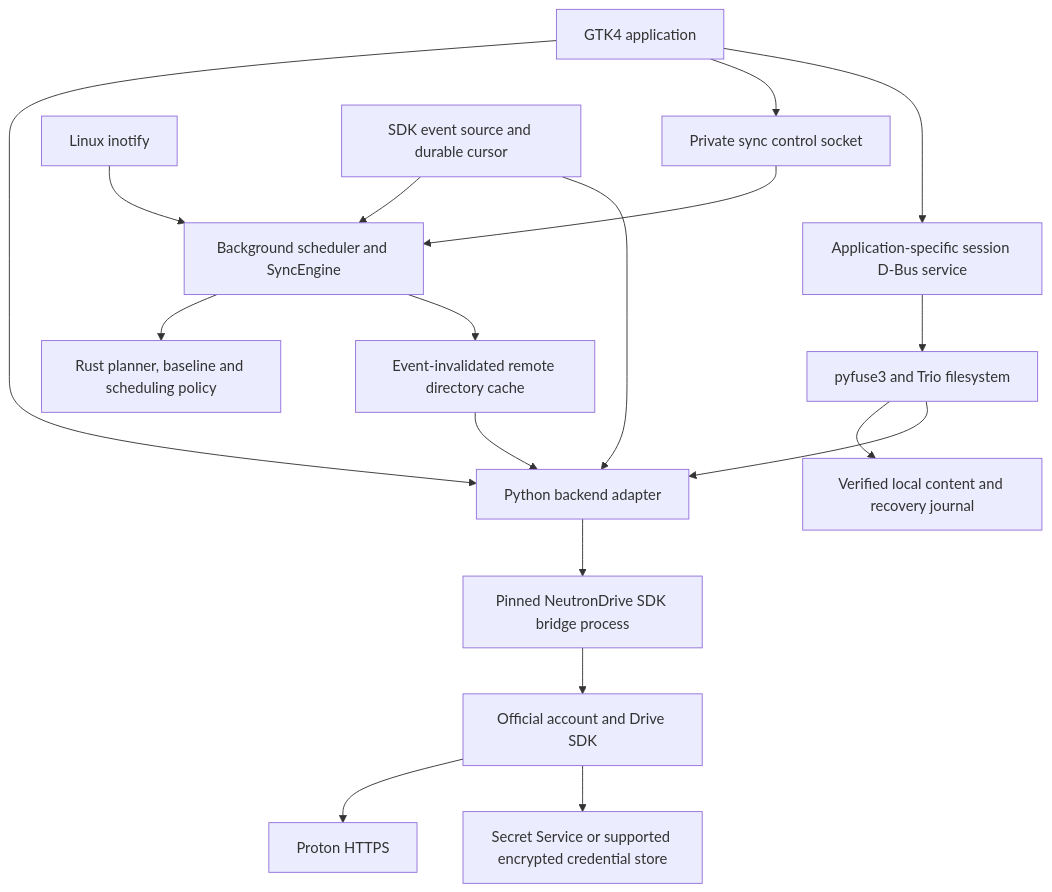
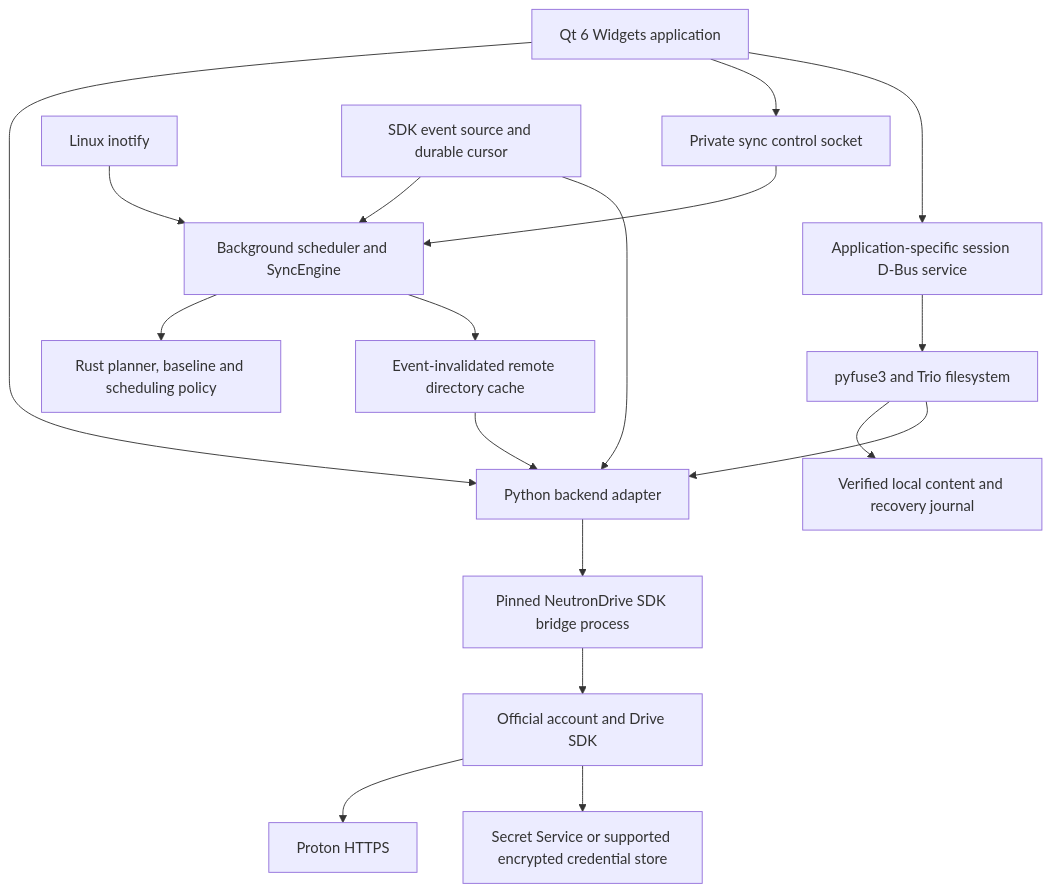
The diagram in docs/ARCHITECTURE.md (SigmaCodez/NeutronDrive), drawn with Mermaid before and after one commit. The commit also changed other lines of this file and 247 other files, not shown here.

````diff
--- a/docs/ARCHITECTURE.md
+++ b/docs/ARCHITECTURE.md
@@ -3,20 +3,20 @@
 ```mermaid
 flowchart TD
-    GTK[GTK4 application] --> Backend[Python backend adapter]
+    GTK[Qt 6 Widgets application] --> Backend[Python backend adapter]
     GTK --> IPC[Private sync control socket]
     IPC --> Sync[Background scheduler and SyncEngine]
     Sync --> Rust[Rust planner, baseline and scheduling policy]
     Inotify[Linux inotify] --> Sync
     Events[SDK event source and durable cursor] --> Sync
     Sync --> Cache[Event-invalidated remote directory cache]
     Cache --> Backend
     GTK --> DBus[Application-specific session D-Bus service]
     DBus --> FUSE[pyfuse3 and Trio filesystem]
     FUSE --> Content[Verified local content and recovery journal]
     FUSE --> Backend
     Events --> Backend
     Backend --> CLI[Pinned NeutronDrive SDK bridge process]
     CLI --> SDK[Official account and Drive SDK]
     SDK --> Proton[Proton HTTPS]
     SDK --> Keyring[Secret Service or supported encrypted credential store]
 ```
````
